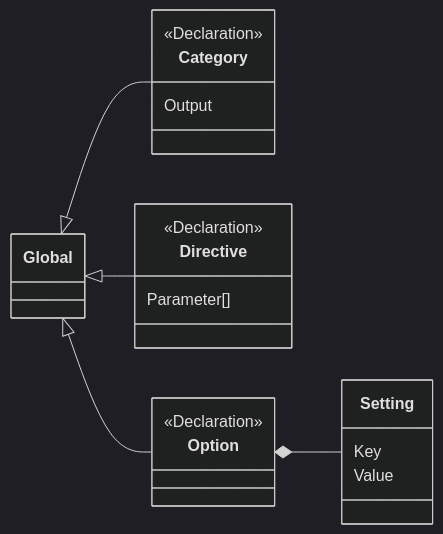
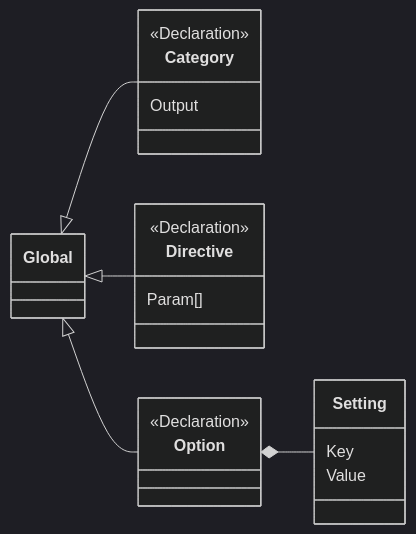
Before and after one commit to graphql-plus/graphql-plus.github.io: the second of 5 diagrams in graphql-plus/Diagrams.md, drawn with Mermaid (dark theme). The commit also changed other lines of this file and 5 other files, not shown here.

Commit message:
Improve Diagrams and Abbreviate Parameter and Argument

````diff
--- a/graphql-plus/Diagrams.md
+++ b/graphql-plus/Diagrams.md
@@ -30,20 +30,20 @@
 ```mermaid
 classDiagram
     direction LR
 
     Global <|-- Category
     Global <|-- Directive
     Global <|-- Option
 
     <<Declaration>> Category
     Category : Output
 
     <<Declaration>> Directive
-    Directive : Parameter[]
+    Directive : Param[]
 
     <<Declaration>> Option
     Option *-- Setting
 
     Setting : Key
     Setting : Value
 ```
````
